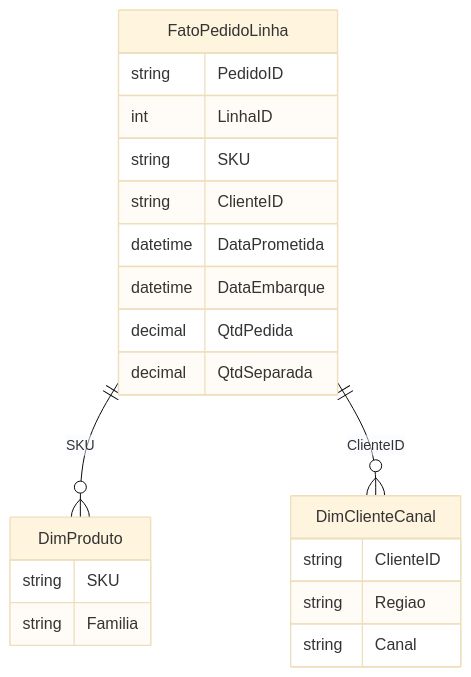
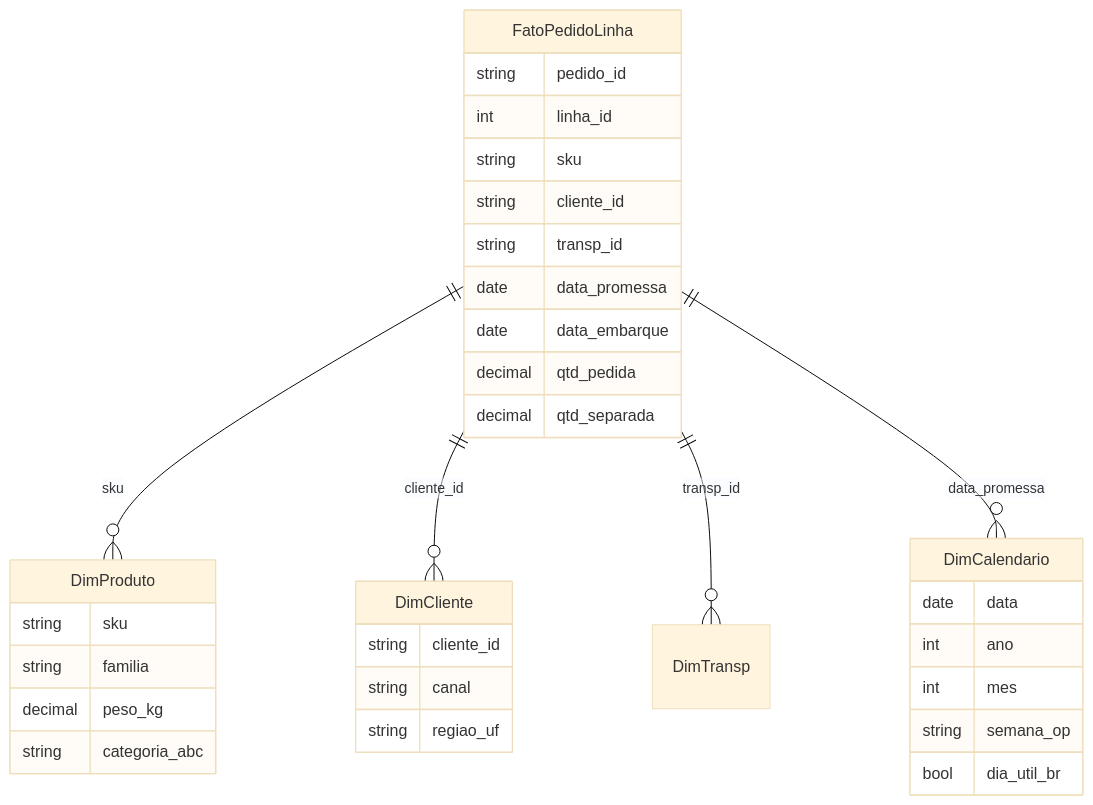
Before and after one commit to cleberhensel/logisticon-academy: the diagram in aulas/trilha-dados-analytics-logistica/modulo-02-excel-avancado-para-logistica/aula-01-modelagem-tabular-logistica.md, drawn with Mermaid (base theme). The commit also changed other lines of this file and 122 other files, not shown here.

````diff
--- a/aulas/trilha-dados-analytics-logistica/modulo-02-excel-avancado-para-logistica/aula-01-modelagem-tabular-logistica.md
+++ b/aulas/trilha-dados-analytics-logistica/modulo-02-excel-avancado-para-logistica/aula-01-modelagem-tabular-logistica.md
@@ -21,24 +57,36 @@
 ```mermaid
 erDiagram
-  FatoPedidoLinha ||--o{ DimProduto : SKU
-  FatoPedidoLinha ||--o{ DimClienteCanal : ClienteID
+  FatoPedidoLinha ||--o{ DimProduto : sku
+  FatoPedidoLinha ||--o{ DimCliente : cliente_id
+  FatoPedidoLinha ||--o{ DimTransp : transp_id
+  FatoPedidoLinha ||--o{ DimCalendario : data_promessa
   FatoPedidoLinha {
-    string PedidoID
-    int LinhaID
-    string SKU
-    string ClienteID
-    datetime DataPrometida
-    datetime DataEmbarque
-    decimal QtdPedida
-    decimal QtdSeparada
+    string pedido_id
+    int    linha_id
+    string sku
+    string cliente_id
+    string transp_id
+    date   data_promessa
+    date   data_embarque
+    decimal qtd_pedida
+    decimal qtd_separada
   }
   DimProduto {
-    string SKU
-    string Familia
+    string sku
+    string familia
+    decimal peso_kg
+    string  categoria_abc
   }
-  DimClienteCanal {
-    string ClienteID
-    string Regiao
-    string Canal
+  DimCliente {
+    string cliente_id
+    string canal
+    string regiao_uf
+  }
+  DimCalendario {
+    date data
+    int  ano
+    int  mes
+    string semana_op
+    bool dia_util_br
   }
 ```
````
